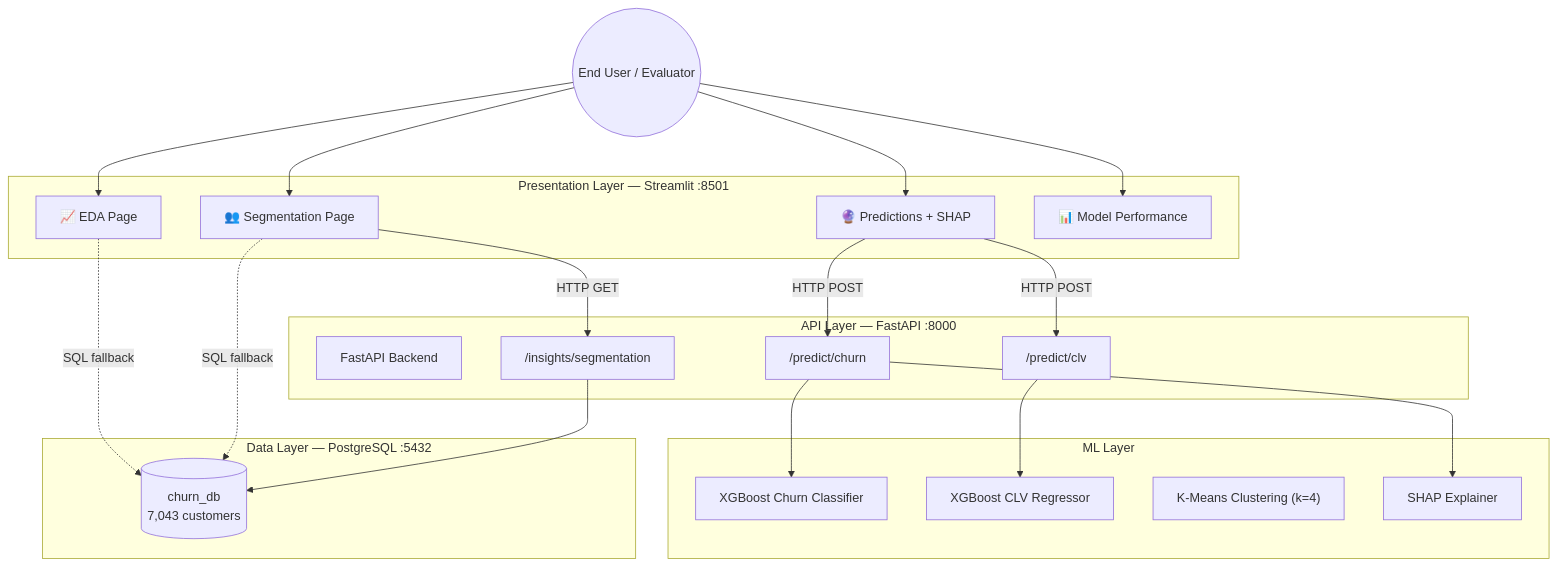
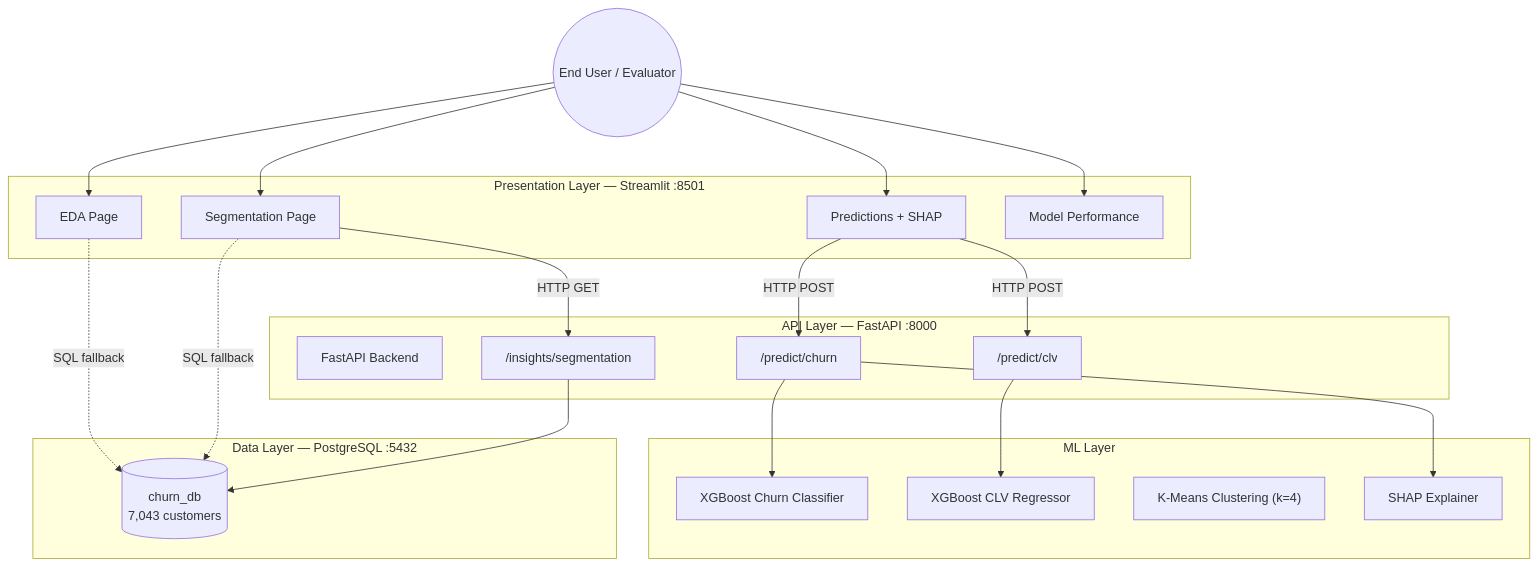
Before and after one commit to RudraMedatwal986947/customer-churn-prediction-model: the diagram in README.md, drawn with Mermaid. The commit also changed other lines of this file and 27 other files, not shown here.

````diff
--- a/README.md
+++ b/README.md
@@ -9,37 +9,37 @@
 ```mermaid
 graph TD
     User((End User / Evaluator))
 
     subgraph "Presentation Layer — Streamlit :8501"
-        P1["📈 EDA Page"]
-        P2["👥 Segmentation Page"]
-        P3["🔮 Predictions + SHAP"]
-        P4["📊 Model Performance"]
+        P1["EDA Page"]
+        P2["Segmentation Page"]
+        P3["Predictions + SHAP"]
+        P4["Model Performance"]
     end
 
     subgraph "API Layer — FastAPI :8000"
         API["FastAPI Backend"]
         R1["/predict/churn"]
         R2["/predict/clv"]
         R3["/insights/segmentation"]
     end
 
     subgraph "ML Layer"
         M1["XGBoost Churn Classifier"]
         M2["XGBoost CLV Regressor"]
         M3["K-Means Clustering (k=4)"]
         M4["SHAP Explainer"]
     end
 
     subgraph "Data Layer — PostgreSQL :5432"
         DB[("churn_db\n7,043 customers")]
     end
 
     User --> P1 & P2 & P3 & P4
     P3 -->|HTTP POST| R1 & R2
     P2 -->|HTTP GET| R3
     P1 & P2 -.->|SQL fallback| DB
     R1 --> M1 & M4
     R2 --> M2
     R3 --> DB
 ```
````
